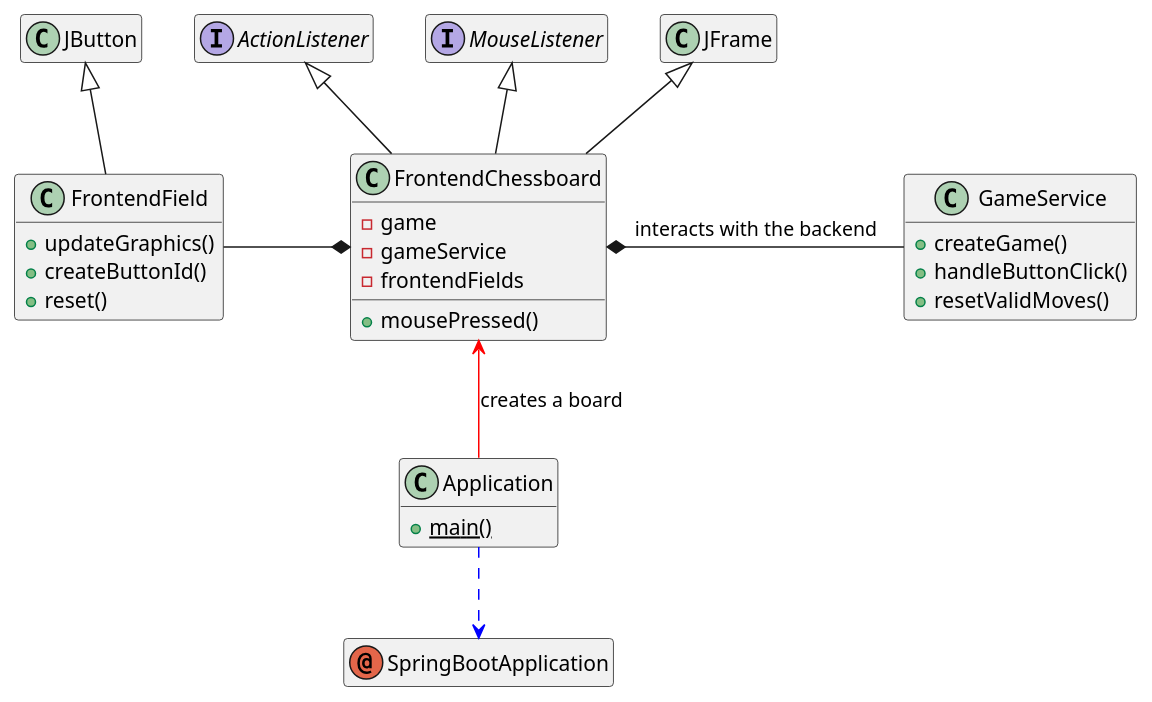
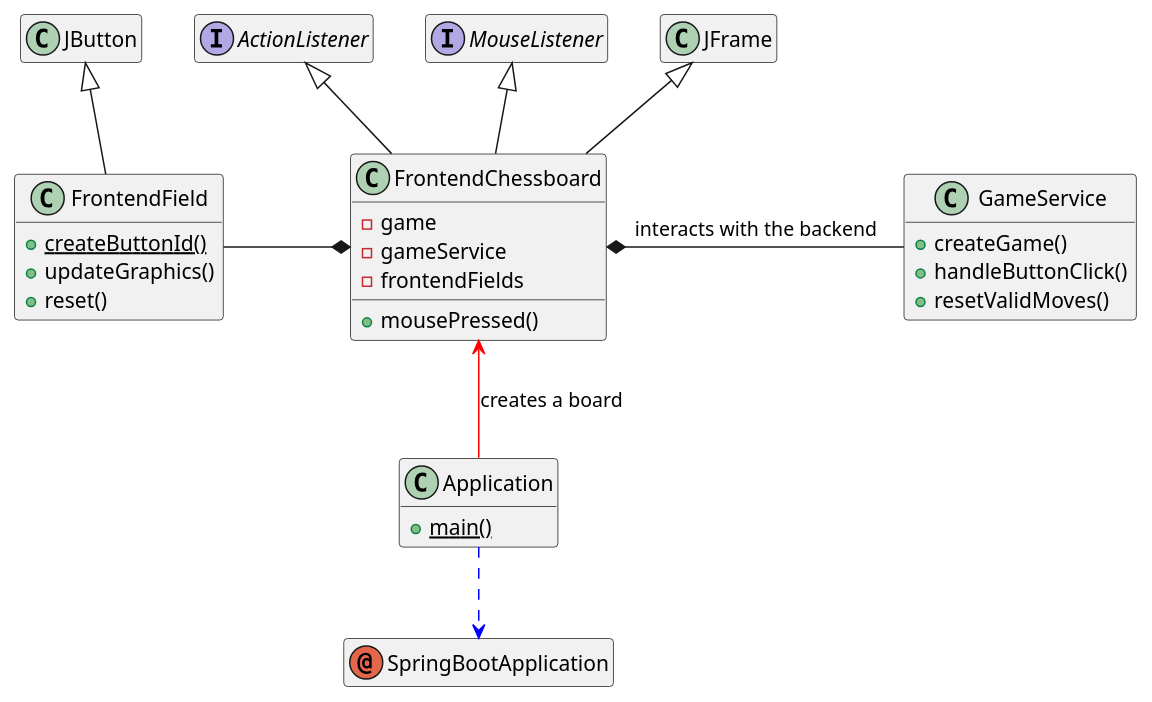
The diagram in game/src/main/resources/uml/frontend.puml (tiktaalick/chess-with-database), drawn with PlantUML before and after one commit. The commit also changed 48 other files, not shown here.

Commit message:
* Minor updates to the class diagrams. * Renamed the rule methods to make them easier to understand.

```diff
--- a/game/src/main/resources/uml/frontend.puml
+++ b/game/src/main/resources/uml/frontend.puml
@@ -1,60 +1,60 @@
 @startuml
 
 '--------------'
 'Hidden members'
 '--------------'
 hide empty members
 
 '-----------'
 'Annotations'
 '-----------'
 annotation SpringBootApplication
 
 '-----------'
 'Application'
 '-----------'
 class Application {
     + {static} main()
 }
 
 '-----'
 'Swing'
 '-----'
 interface ActionListener{
 }
 
 interface MouseListener{
 }
 
 class FrontendChessboard{
     - game
     - gameService
     - frontendFields
     + mousePressed()
 }
 
 class FrontendField {
+    + {static} createButtonId()
     + updateGraphics()
-    + createButtonId()
     + reset()
 }
 
 class GameService {
     + createGame()
     + handleButtonClick()
     + resetValidMoves()
 }
 
 '---------'
 'Relations'
 '---------'
 JFrame <|-- FrontendChessboard
 JButton <|-- FrontendField
 ActionListener <|-- FrontendChessboard
 MouseListener <|-- FrontendChessboard
 FrontendChessboard *-left- FrontendField
 FrontendChessboard *-right- GameService : interacts with the backend
 FrontendChessboard <-[#red]- Application : creates a board
 Application .down[#blue].> SpringBootApplication
 
 @enduml
```
